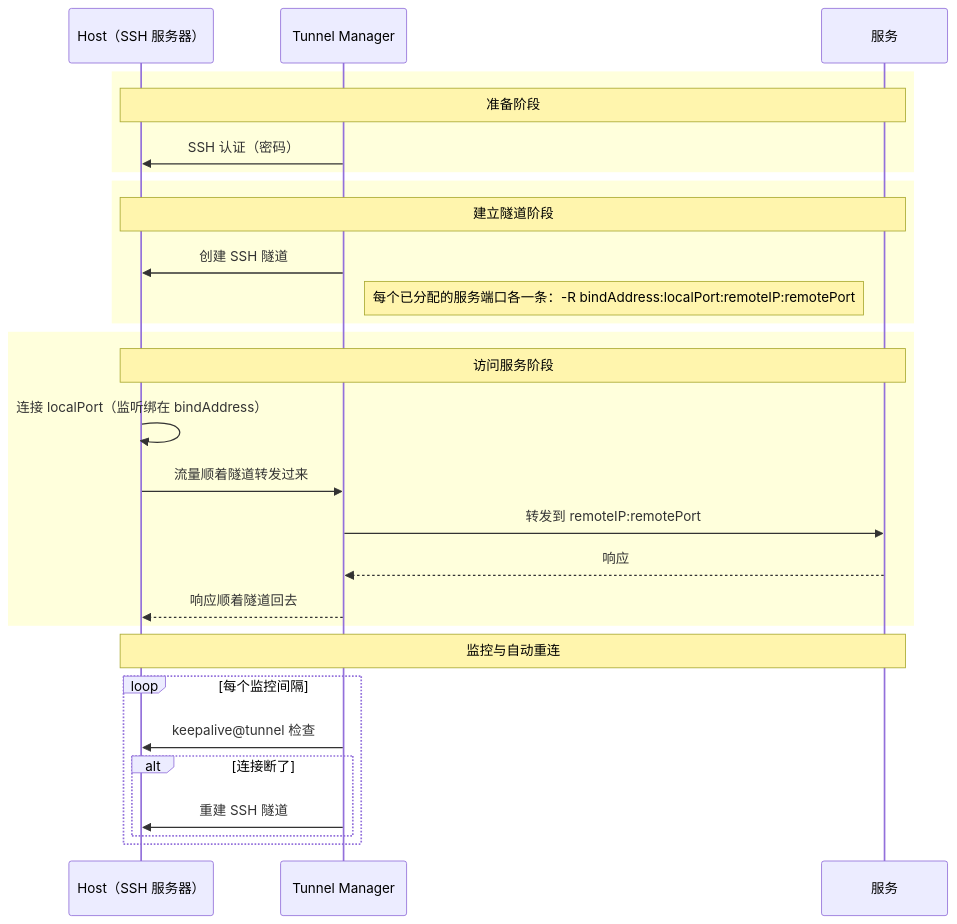
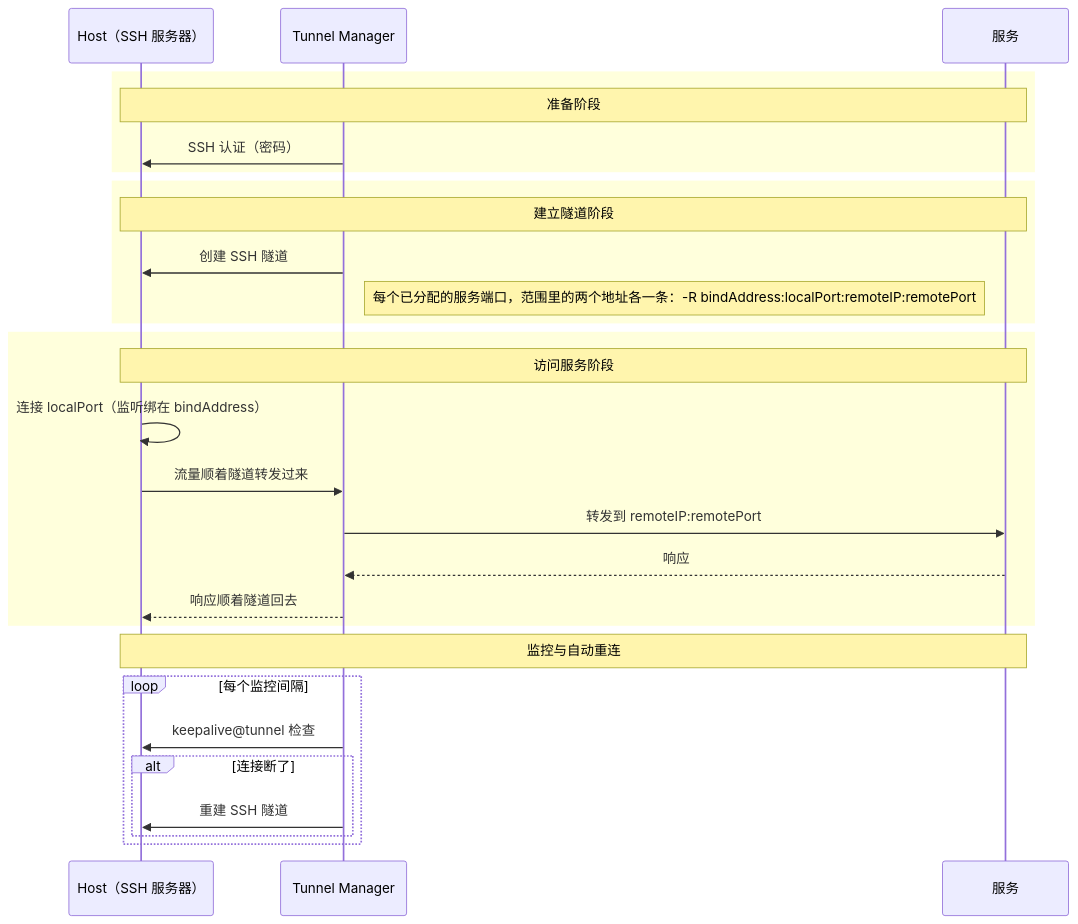
Before and after one commit to jollaman999/tunnel-manager: the diagram in docs/reference.zh.md, drawn with Mermaid. The commit also changed other lines of this file and 3 other files, not shown here.

````diff
--- a/docs/reference.zh.md
+++ b/docs/reference.zh.md
@@ -160,34 +184,34 @@
 ```mermaid
 sequenceDiagram
     participant Host as Host（SSH 服务器）
     participant Bastion as Tunnel Manager
     participant WAS as 服务
 
     rect rgb(255, 255, 220)
         Note over Host,WAS: 准备阶段
         Bastion->>Host: SSH 认证（密码）
     end
 
     rect rgb(255, 255, 220)
         Note over Host,WAS: 建立隧道阶段
         Bastion->>Host: 创建 SSH 隧道
-        Note right of Bastion: 每个已分配的服务端口各一条：-R bindAddress:localPort:remoteIP:remotePort
+        Note right of Bastion: 每个已分配的服务端口，范围里的两个地址各一条：-R bindAddress:localPort:remoteIP:remotePort
     end
 
     rect rgb(255, 255, 220)
         Note over Host,WAS: 访问服务阶段
         Host->>Host: 连接 localPort（监听绑在 bindAddress）
         Host->>Bastion: 流量顺着隧道转发过来
         Bastion->>WAS: 转发到 remoteIP:remotePort
         WAS-->>Bastion: 响应
         Bastion-->>Host: 响应顺着隧道回去
     end
 
     Note over Host,WAS: 监控与自动重连
     loop 每个监控间隔
         Bastion->>Host: keepalive@tunnel 检查
         alt 连接断了
             Bastion->>Host: 重建 SSH 隧道
         end
     end
 ```
````
